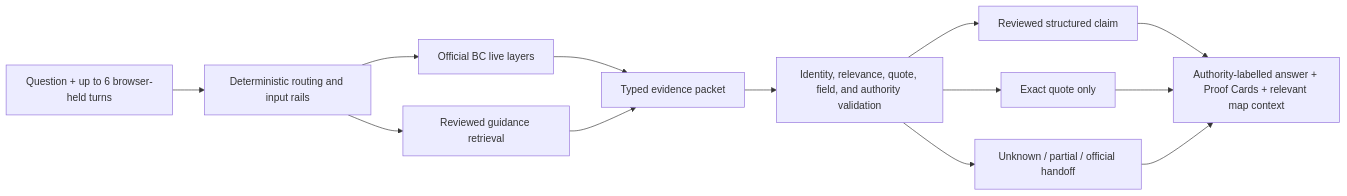
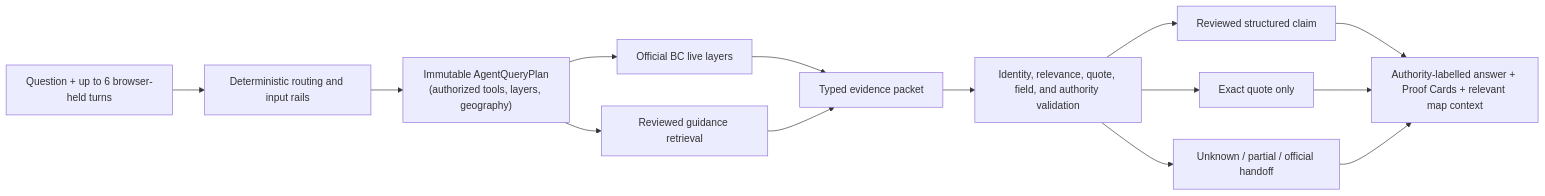
The diagram in README.md (yusenrong46-afk/firelens-bc), drawn with Mermaid before and after one commit. The commit also changed other lines of this file and 79 other files, not shown here.

````diff
--- a/README.md
+++ b/README.md
@@ -104,15 +112,16 @@
 ```mermaid
 flowchart LR
     Q["Question + up to 6 browser-held turns"] --> R["Deterministic routing and input rails"]
-    R --> L["Official BC live layers"]
-    R --> G["Reviewed guidance retrieval"]
+    R --> P0["Immutable AgentQueryPlan\n(authorized tools, layers, geography)"]
+    P0 --> L["Official BC live layers"]
+    P0 --> G["Reviewed guidance retrieval"]
     L --> P["Typed evidence packet"]
     G --> P
     P --> V["Identity, relevance, quote, field, and authority validation"]
     V --> S["Reviewed structured claim"]
     V --> X["Exact quote only"]
     V --> U["Unknown / partial / official handoff"]
     S --> UI["Authority-labelled answer + Proof Cards + relevant map context"]
     X --> UI
     U --> UI
 ```
````
